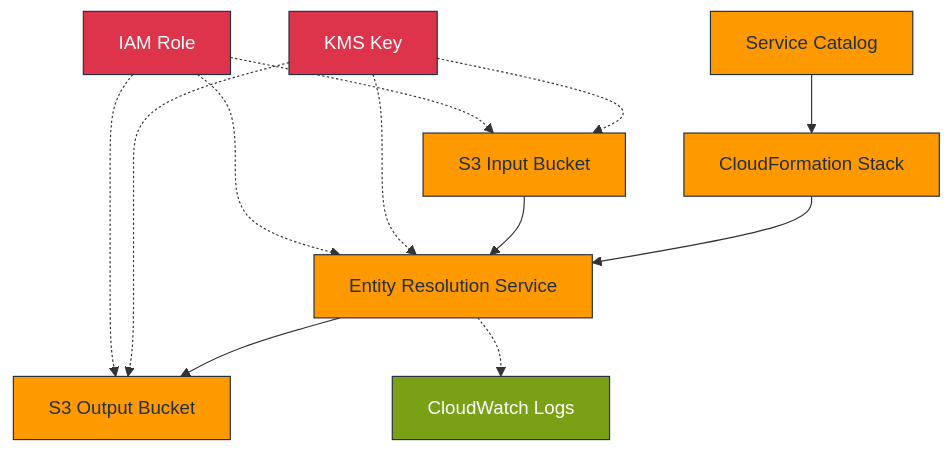
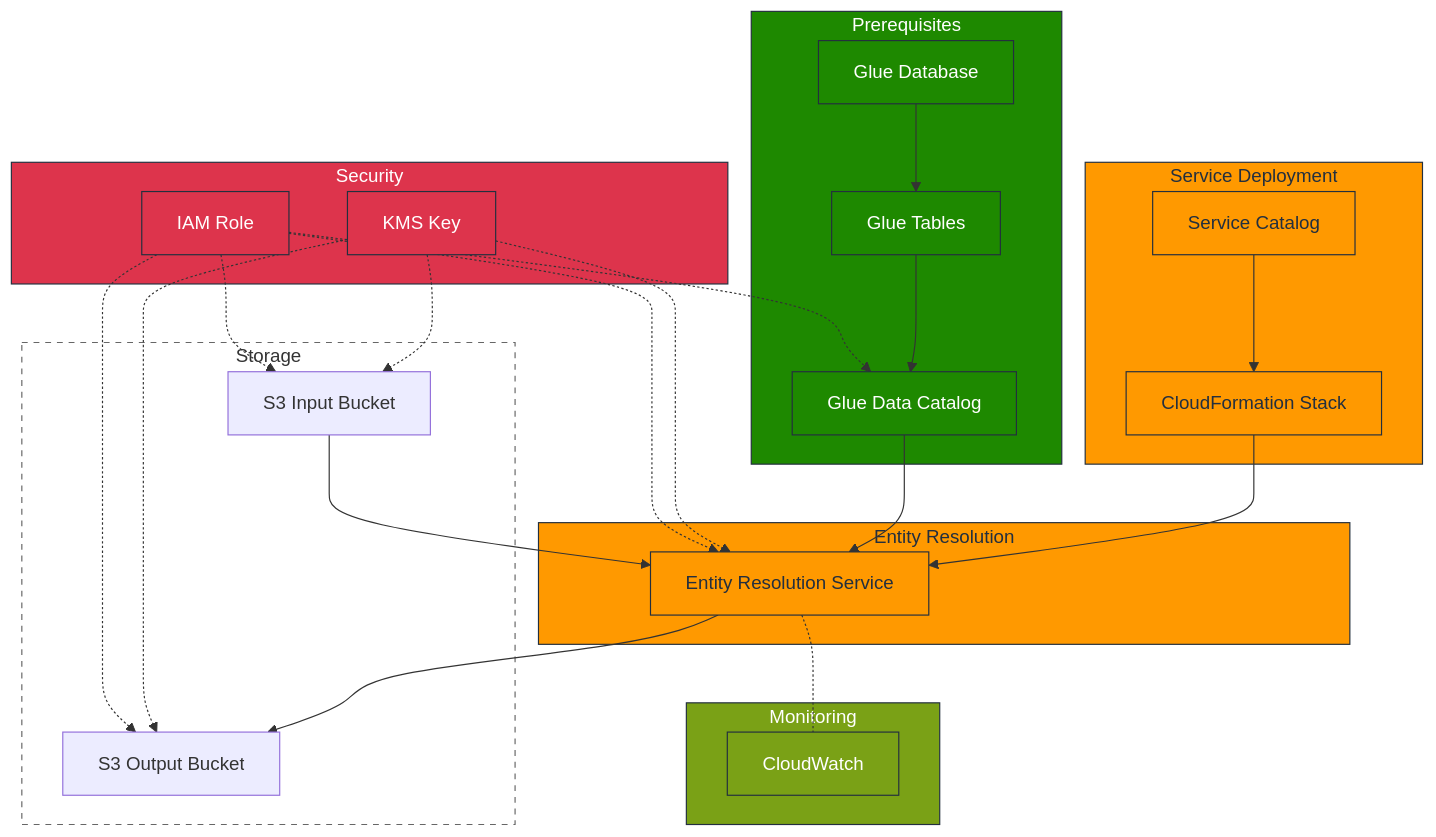
The first of 2 diagrams in docs/technical-guide.md (hughy603/aws-entityresolution2), drawn with Mermaid before and after one commit. The commit also changed other lines of this file and 10 other files, not shown here.

````diff
--- a/docs/technical-guide.md
+++ b/docs/technical-guide.md
@@ -17,29 +17,60 @@
 ```mermaid
-graph TD
-    %% Core Flow
-    SC[Service Catalog] --> CF[CloudFormation Stack]
-    CF --> ER[Entity Resolution Service]
-    S3I[S3 Input Bucket] --> ER
-    ER --> S3O[S3 Output Bucket]
+flowchart TD
+    %% Service Deployment Layer
+    subgraph Deployment["Service Deployment"]
+        SC["Service Catalog"]
+        CF["CloudFormation Stack"]
+        SC --> CF
+    end
 
-    %% Security Components
-    KMS[KMS Key] -.-> S3I
-    KMS -.-> S3O
-    KMS -.-> ER
-    IAM[IAM Role] -.-> ER
+    %% Prerequisites Layer
+    subgraph Prerequisites["Prerequisites"]
+        GD["Glue Database"] --> GT["Glue Tables"] --> GDC["Glue Data Catalog"]
+    end
 
-    %% Monitoring
-    ER -.-> CW[CloudWatch Logs]
+    %% Entity Resolution Layer
+    subgraph ERService["Entity Resolution"]
+        ER["Entity Resolution Service"]
+    end
 
-    %% Access Controls
-    IAM -.-> S3I
-    IAM -.-> S3O
+    %% Storage Layer
+    subgraph Storage["Storage"]
+        S3I["S3 Input Bucket"]
+        S3O["S3 Output Bucket"]
+    end
+
+    %% Security Layer
+    subgraph Security["Security"]
+        KMS["KMS Key"]
+        IAM["IAM Role"]
+    end
+
+    %% Monitoring Layer
+    subgraph Monitoring["Monitoring"]
+        CW["CloudWatch"]
+    end
+
+    %% Flow connections
+    CF --> ER
+    S3I --> ER
+    GDC --> ER
+    ER --> S3O
+
+    %% Non-flow connections
+    KMS -.-> S3I & S3O & ER
+    IAM -.-> ER & S3I & S3O & GDC
+    ER -.- CW
 
     %% Classification
     classDef aws fill:#FF9900,stroke:#232F3E,color:#232F3E
+    classDef prereq fill:#1E8900,stroke:#232F3E,color:white
     classDef security fill:#DD344C,stroke:#232F3E,color:white
     classDef monitoring fill:#7AA116,stroke:#232F3E,color:white
-    class SC,CF,ER,S3I,S3O aws
-    class KMS,IAM security
-    class CW monitoring
+    classDef layer fill:none,stroke:#666,stroke-dasharray: 5 5
+
+    class SC,CF,ER,ERService,Deployment aws
+    class GD,GT,GDC,Prerequisites prereq
+    class KMS,IAM,Security security
+    class CW,Monitoring monitoring
+    class Storage layer
 ```
````
